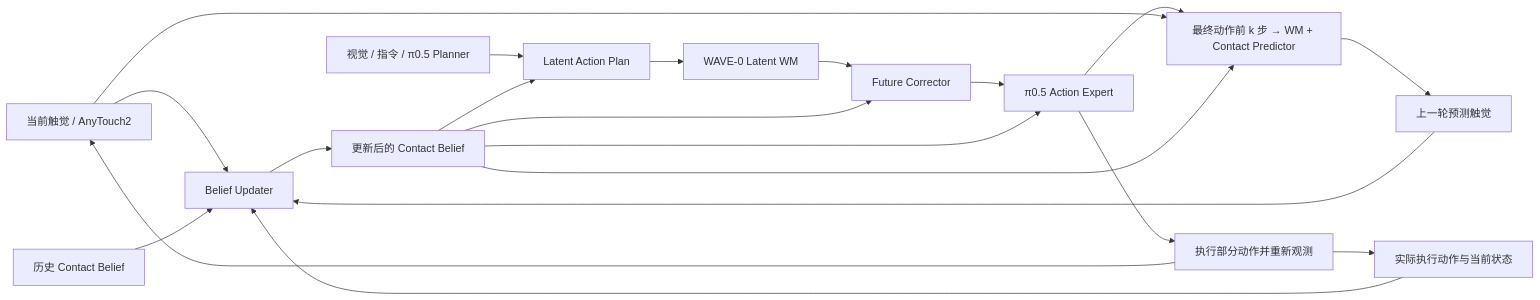
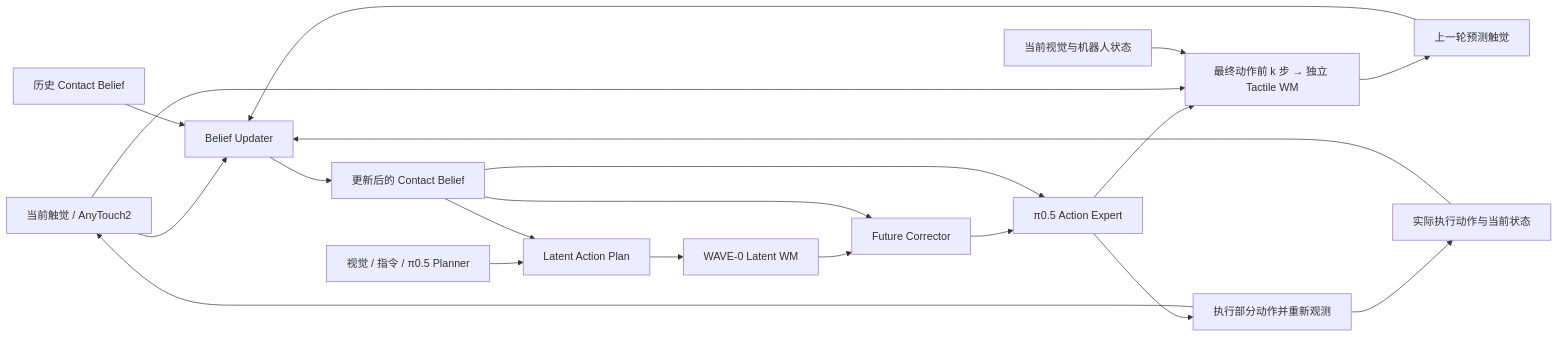
Before and after one commit to lizhe333/twam: the diagram in README.md, drawn with Mermaid. The commit also changed other lines of this file and 48 other files, not shown here.

````diff
--- a/README.md
+++ b/README.md
@@ -7,22 +7,22 @@
 ```mermaid
 flowchart LR
     T[当前触觉 / AnyTouch2] --> U[Belief Updater]
     E[上一轮预测触觉] --> U
     A[实际执行动作与当前状态] --> U
     B[历史 Contact Belief] --> U
     U --> C[更新后的 Contact Belief]
     V[视觉 / 指令 / π0.5 Planner] --> P[Latent Action Plan]
     P --> W[WAVE-0 Latent WM]
     W --> F[Future Corrector]
     C --> F
     C --> P
     F --> X[π0.5 Action Expert]
     C --> X
-    X --> N[最终动作前 k 步 → WM + Contact Predictor]
+    X --> N[最终动作前 k 步 → 独立 Tactile WM]
     T --> N
-    C --> N
+    O[当前视觉与机器人状态] --> N
     N --> E
     X --> R[执行部分动作并重新观测]
     R --> T
     R --> A
 ```
````
